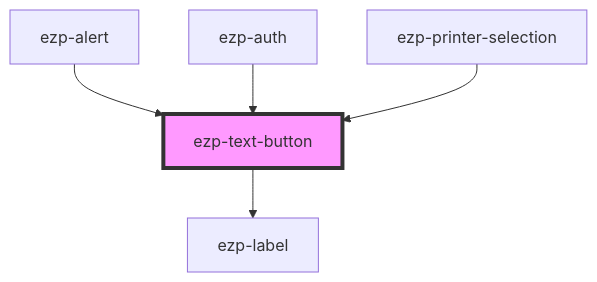
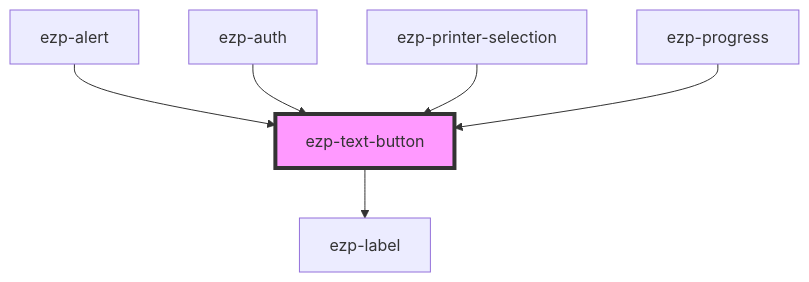
Before and after one commit to ezeep/ezeep-js: the diagram in src/components/ezp-text-button/readme.md, drawn with Mermaid. The commit also changed other lines of this file and 5 other files, not shown here.

````diff
--- a/src/components/ezp-text-button/readme.md
+++ b/src/components/ezp-text-button/readme.md
@@ -31,8 +32,9 @@
 ```mermaid
 graph TD;
   ezp-text-button --> ezp-label
   ezp-alert --> ezp-text-button
   ezp-auth --> ezp-text-button
   ezp-printer-selection --> ezp-text-button
+  ezp-progress --> ezp-text-button
   style ezp-text-button fill:#f9f,stroke:#333,stroke-width:4px
 ```
````
